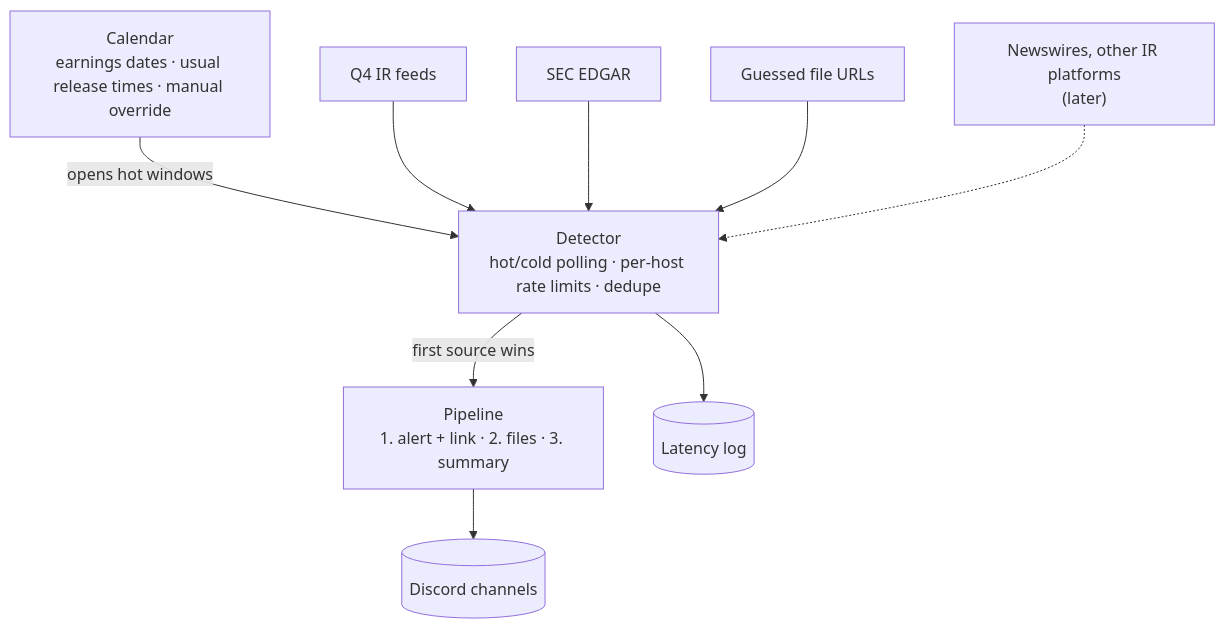
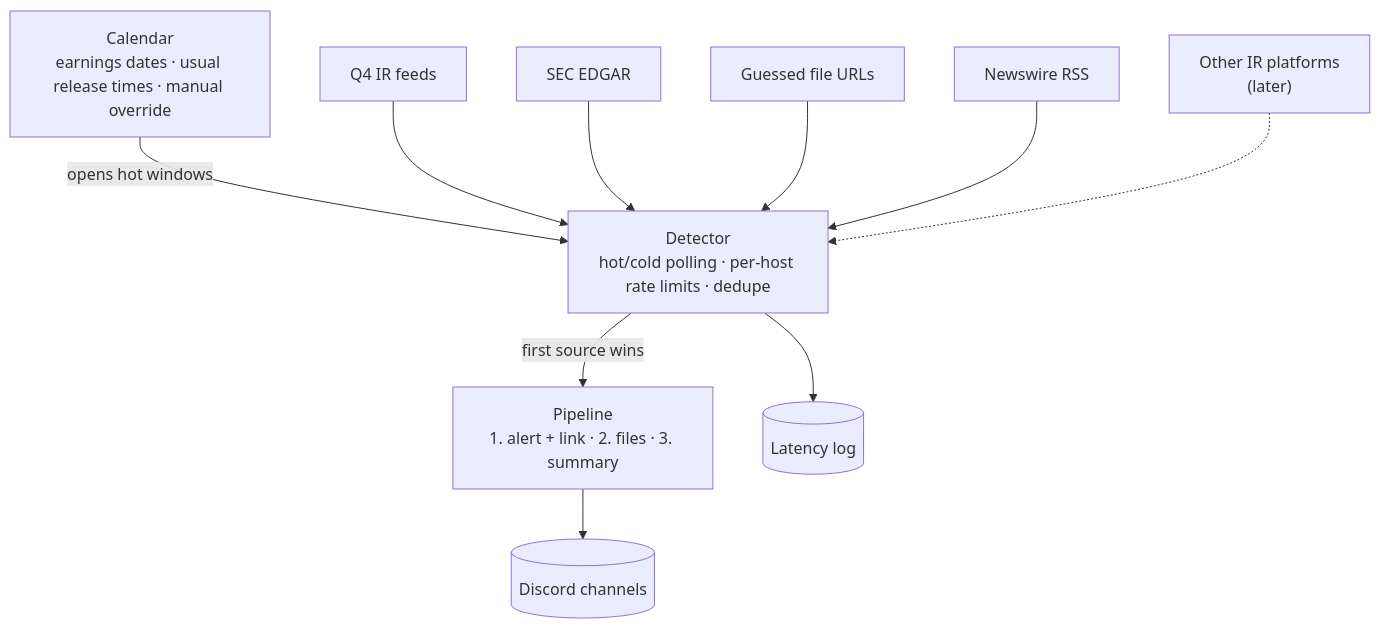
One commit to es6/earnings-bot changed the diagram in docs/architecture.md. Above: the diagram before and after it, drawn with Mermaid. The commit also changed other lines of this file, not shown here.

First line of the commit message:
Cover FICO through Business Wire's earnings RSS feed

````diff
--- a/docs/architecture.md
+++ b/docs/architecture.md
@@ -12,21 +12,23 @@
 ```mermaid
 flowchart TD
     cal["Calendar<br/>earnings dates · usual release times · manual override"]
     q4["Q4 IR feeds"]
     sec["SEC EDGAR"]
     guess["Guessed file URLs"]
-    other["Newswires, other IR platforms<br/>(later)"]
+    wire["Newswire RSS"]
+    other["Other IR platforms<br/>(later)"]
     det["Detector<br/>hot/cold polling · per-host rate limits · dedupe"]
     pipe["Pipeline<br/>1. alert + link · 2. files · 3. summary"]
     discord[("Discord channels")]
     log[("Latency log")]
 
     cal -->|opens hot windows| det
     q4 --> det
     sec --> det
     guess --> det
+    wire --> det
     other -.-> det
     det -->|first source wins| pipe
     pipe --> discord
     det --> log
 ```
````
